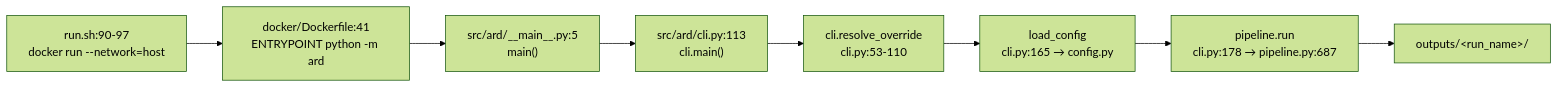
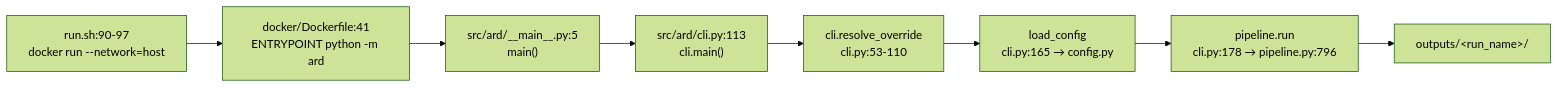
Before and after one commit to godthrone/anchor-replay-distillation: the third of 5 diagrams in docs/architecture.md, drawn with Mermaid (forest theme). The commit also changed other lines of this file and 2 other files, not shown here.

````diff
--- a/docs/architecture.md
+++ b/docs/architecture.md
@@ -100,10 +102,10 @@
 ```mermaid
 flowchart LR
     R["run.sh:90-97<br/>docker run --network=host"] --> D["docker/Dockerfile:41<br/>ENTRYPOINT python -m ard"]
     D --> M["src/ard/__main__.py:5<br/>main()"]
     M --> C["src/ard/cli.py:113<br/>cli.main()"]
     C --> O["cli.resolve_override<br/>cli.py:53-110"]
     O --> L["load_config<br/>cli.py:165 → config.py"]
-    L --> P["pipeline.run<br/>cli.py:178 → pipeline.py:687"]
+    L --> P["pipeline.run<br/>cli.py:178 → pipeline.py:796"]
     P --> Out["outputs/&lt;run_name&gt;/"]
 ```
````
